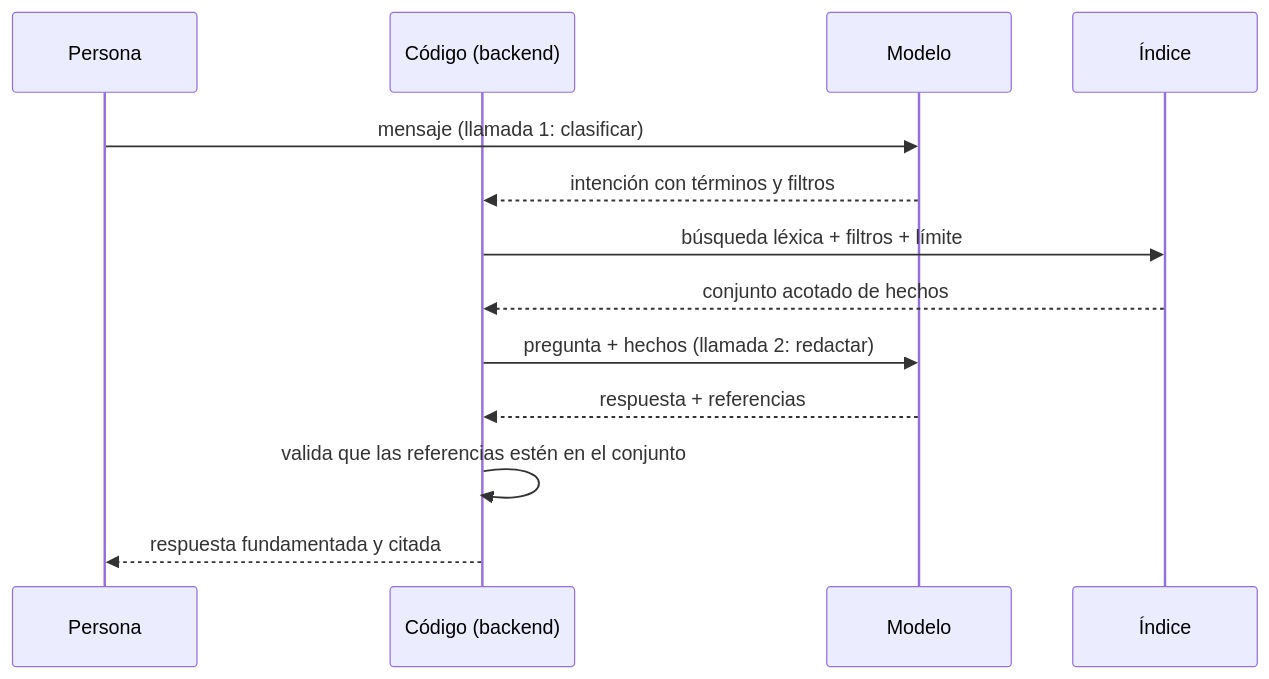
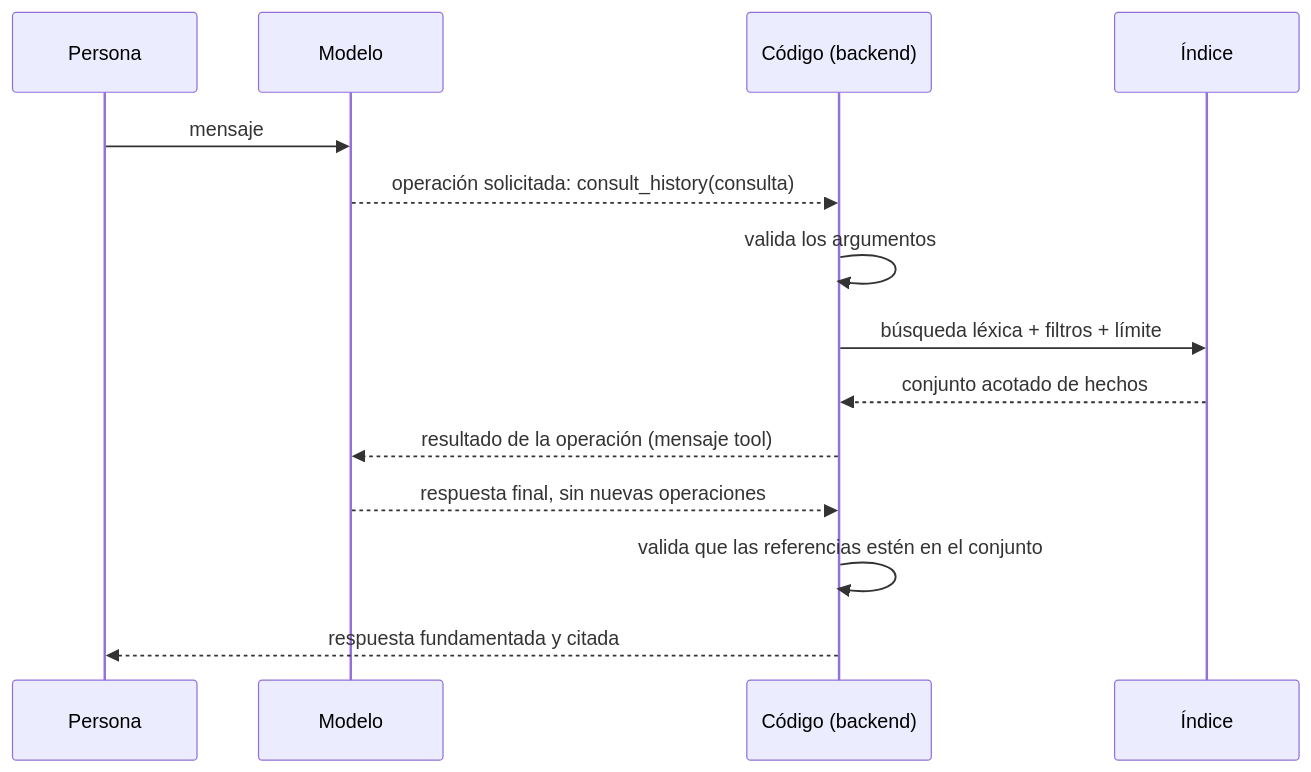
Before and after one commit to devmauriciopineda/careme: the second of 3 diagrams in docs/concepts/05-ia-llm-prompts-y-rag.md, drawn with Mermaid. The commit also changed other lines of this file and 117 other files, not shown here.

````diff
--- a/docs/concepts/05-ia-llm-prompts-y-rag.md
+++ b/docs/concepts/05-ia-llm-prompts-y-rag.md
@@ -187,15 +178,16 @@
 ```mermaid
 sequenceDiagram
     participant U as Persona
+    participant M as Modelo
     participant C as Código (backend)
-    participant M as Modelo
     participant DB as Índice
-    U->>M: mensaje (llamada 1: clasificar)
-    M-->>C: intención con términos y filtros
+    U->>M: mensaje
+    M-->>C: operación solicitada: consult_history(consulta)
+    C->>C: valida los argumentos
     C->>DB: búsqueda léxica + filtros + límite
     DB-->>C: conjunto acotado de hechos
-    C->>M: pregunta + hechos (llamada 2: redactar)
-    M-->>C: respuesta + referencias
+    C-->>M: resultado de la operación (mensaje tool)
+    M-->>C: respuesta final, sin nuevas operaciones
     C->>C: valida que las referencias estén en el conjunto
     C-->>U: respuesta fundamentada y citada
 ```
````
